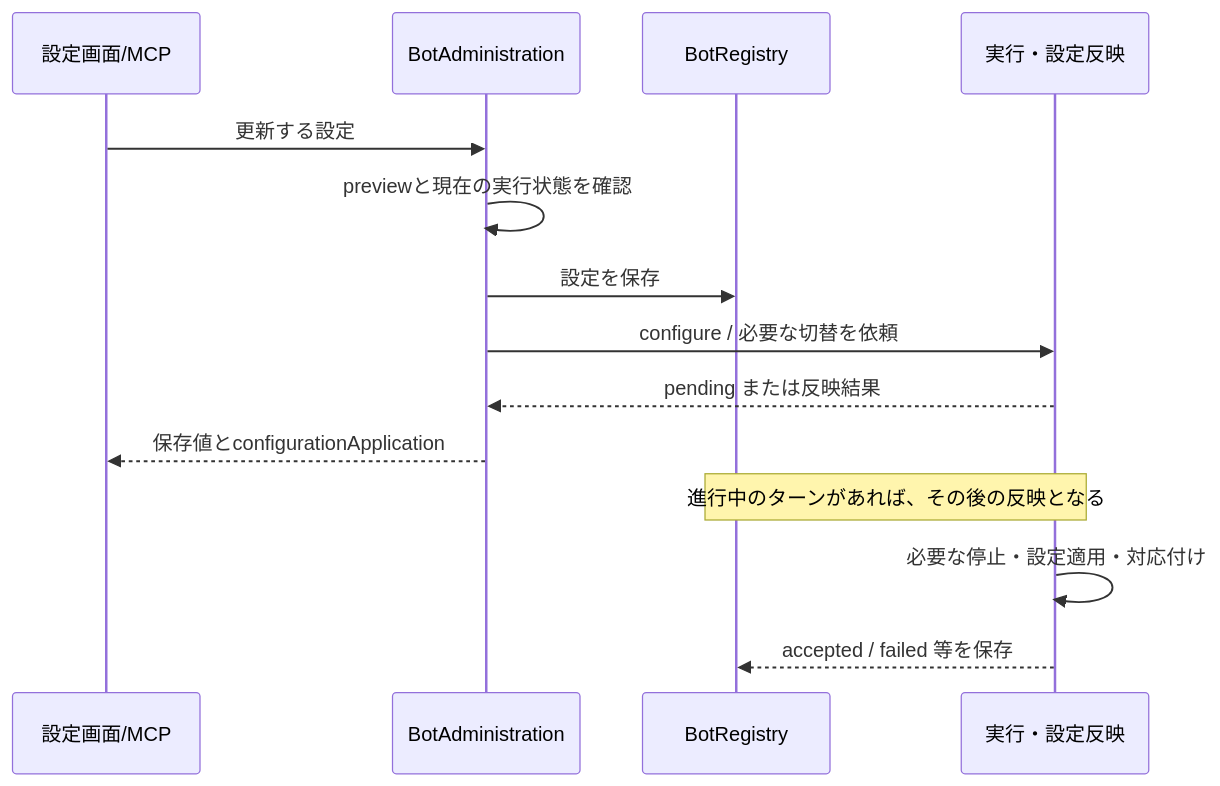
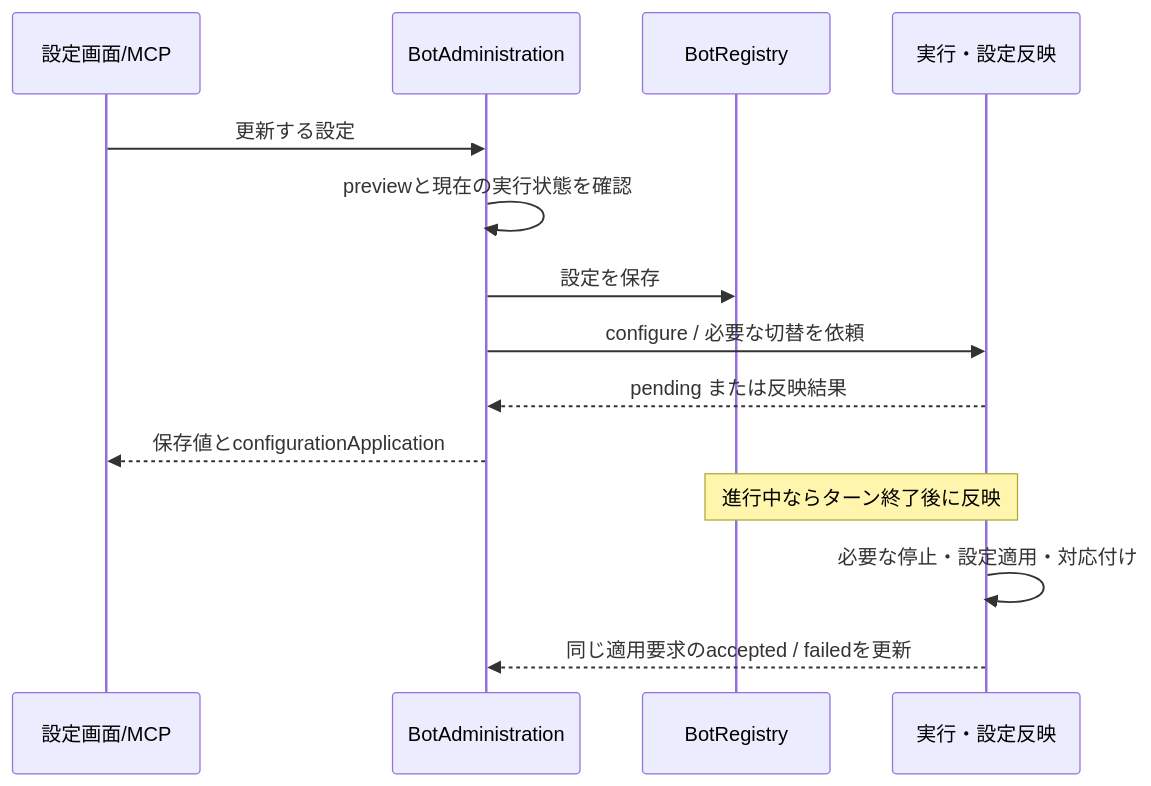
One commit to kitepon/BellTeam changed the second of 4 diagrams in docs/architecture/control-and-state.md. Above: the diagram before and after it, drawn with Mermaid. The commit also changed 10 other files, not shown here.

````diff
--- a/docs/architecture/control-and-state.md
+++ b/docs/architecture/control-and-state.md
@@ -27,16 +27,16 @@
 ```mermaid
 sequenceDiagram
   participant Caller as 設定画面/MCP
   participant Admin as BotAdministration
   participant Registry as BotRegistry
   participant Transport as 実行・設定反映
   Caller->>Admin: 更新する設定
   Admin->>Admin: previewと現在の実行状態を確認
   Admin->>Registry: 設定を保存
   Admin->>Transport: configure / 必要な切替を依頼
   Transport-->>Admin: pending または反映結果
   Admin-->>Caller: 保存値とconfigurationApplication
-  Note over Registry,Transport: 進行中のターンがあれば、その後の反映となる
+  Note over Registry,Transport: 進行中ならターン終了後に反映
   Transport->>Transport: 必要な停止・設定適用・対応付け
-  Transport-->>Registry: accepted / failed 等を保存
+  Transport-->>Admin: 同じ適用要求のaccepted / failedを更新
 ```
````
